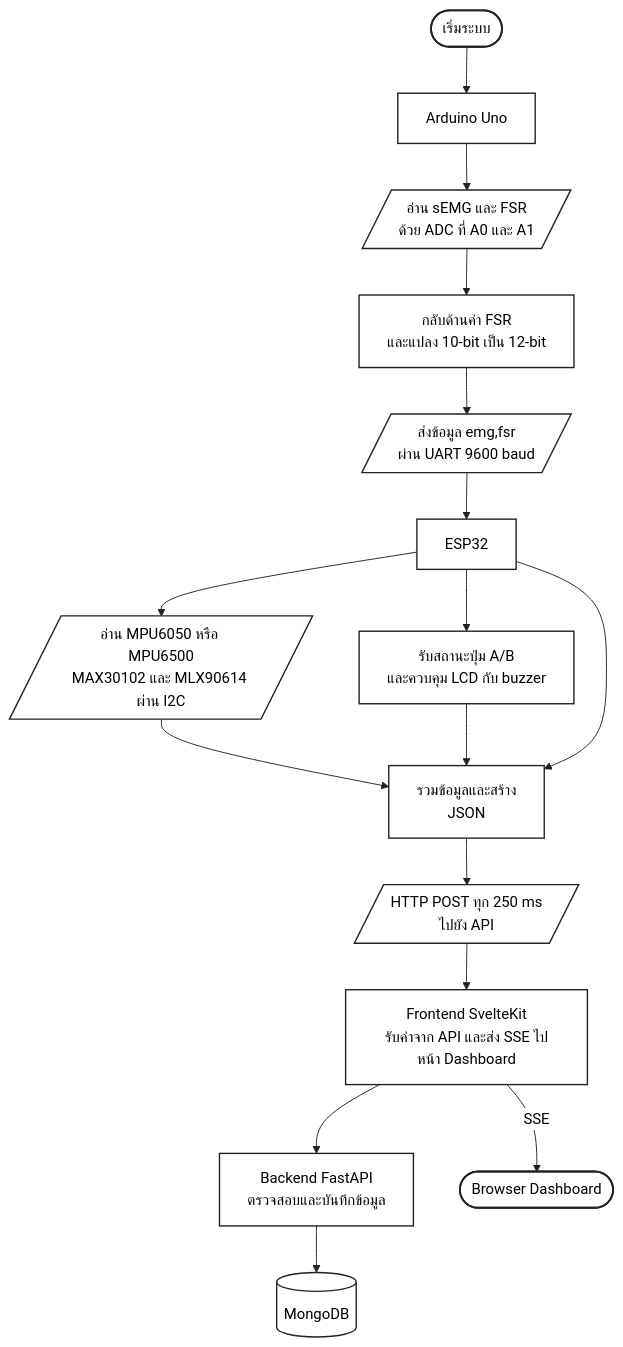
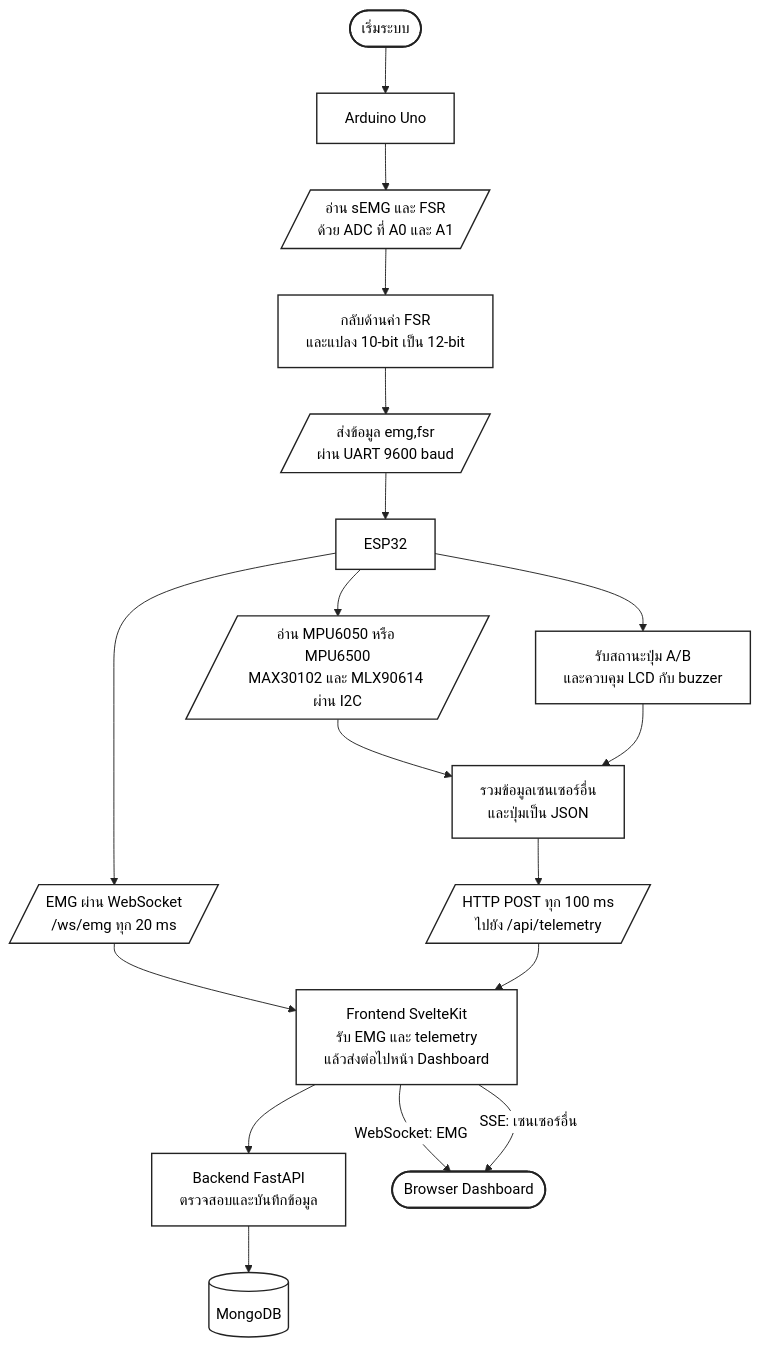
Before and after one commit to Fishcanwalk/muscle-activity-analyzer: the first of 3 diagrams in report/flowchart.md, drawn with Mermaid. The commit also changed other lines of this file and 12 other files, not shown here.

First line of the commit message:
Refactor telemetry and EMG data handling in ESP32 firmware

````diff
--- a/report/flowchart.md
+++ b/report/flowchart.md
@@ -14,41 +14,44 @@
 ```mermaid
 %%{init: {"theme":"base", "themeVariables": {"background":"#ffffff", "primaryColor":"#ffffff", "primaryTextColor":"#000000", "primaryBorderColor":"#222222", "lineColor":"#222222", "secondaryColor":"#ffffff", "tertiaryColor":"#ffffff", "fontFamily":"Arial"}}}%%
 flowchart TD
     Start([เริ่มระบบ])
     Uno[Arduino Uno]
     ReadAnalog[/อ่าน sEMG และ FSR<br/>ด้วย ADC ที่ A0 และ A1/]
     Scale[กลับด้านค่า FSR<br/>และแปลง 10-bit เป็น 12-bit]
     UART[/ส่งข้อมูล emg,fsr<br/>ผ่าน UART 9600 baud/]
     ESP[ESP32]
     ReadI2C[/อ่าน MPU6050 หรือ MPU6500<br/>MAX30102 และ MLX90614 ผ่าน I2C/]
     Inputs[รับสถานะปุ่ม A/B<br/>และควบคุม LCD กับ buzzer]
-    Telemetry[รวมข้อมูลและสร้าง<br/>JSON]
-    HTTP[/HTTP POST ทุก 250 ms<br/>ไปยัง API/]
-    Web[Frontend SvelteKit<br/>รับค่าจาก API และส่ง SSE ไปหน้า Dashboard]
+    EmgWS[/"EMG ผ่าน WebSocket<br/>/ws/emg ทุก 20 ms"/]
+    Telemetry[รวมข้อมูลเซนเซอร์อื่น<br/>และปุ่มเป็น JSON]
+    HTTP[/"HTTP POST ทุก 100 ms<br/>ไปยัง /api/telemetry"/]
+    Web[Frontend SvelteKit<br/>รับ EMG และ telemetry<br/>แล้วส่งต่อไปหน้า Dashboard]
     Backend[Backend FastAPI<br/>ตรวจสอบและบันทึกข้อมูล]
     Mongo[(MongoDB)]
     Browser([Browser Dashboard])
 
     Start --> Uno
     Uno --> ReadAnalog
     ReadAnalog --> Scale
     Scale --> UART
     UART --> ESP
     ESP --> ReadI2C
     ESP --> Inputs
     ReadI2C --> Telemetry
     Inputs --> Telemetry
-    ESP --> Telemetry
+    ESP --> EmgWS
+    EmgWS --> Web
     Telemetry --> HTTP
     HTTP --> Web
     Web --> Backend
     Backend --> Mongo
-    Web -->|SSE| Browser
+    Web -->|WebSocket: EMG| Browser
+    Web -->|SSE: เซนเซอร์อื่น| Browser
 
     classDef base fill:#ffffff,stroke:#222222,stroke-width:1.5px,color:#000000;
     classDef startend fill:#ffffff,stroke:#222222,stroke-width:2px,color:#000000;
     classDef io fill:#ffffff,stroke:#222222,stroke-width:1.5px,color:#000000;
     class Start,Browser startend;
-    class ReadAnalog,UART,ReadI2C,HTTP io;
+    class ReadAnalog,UART,ReadI2C,EmgWS,HTTP io;
     class Uno,Scale,ESP,Inputs,Telemetry,Web,Backend,Mongo base;
 ```
````
